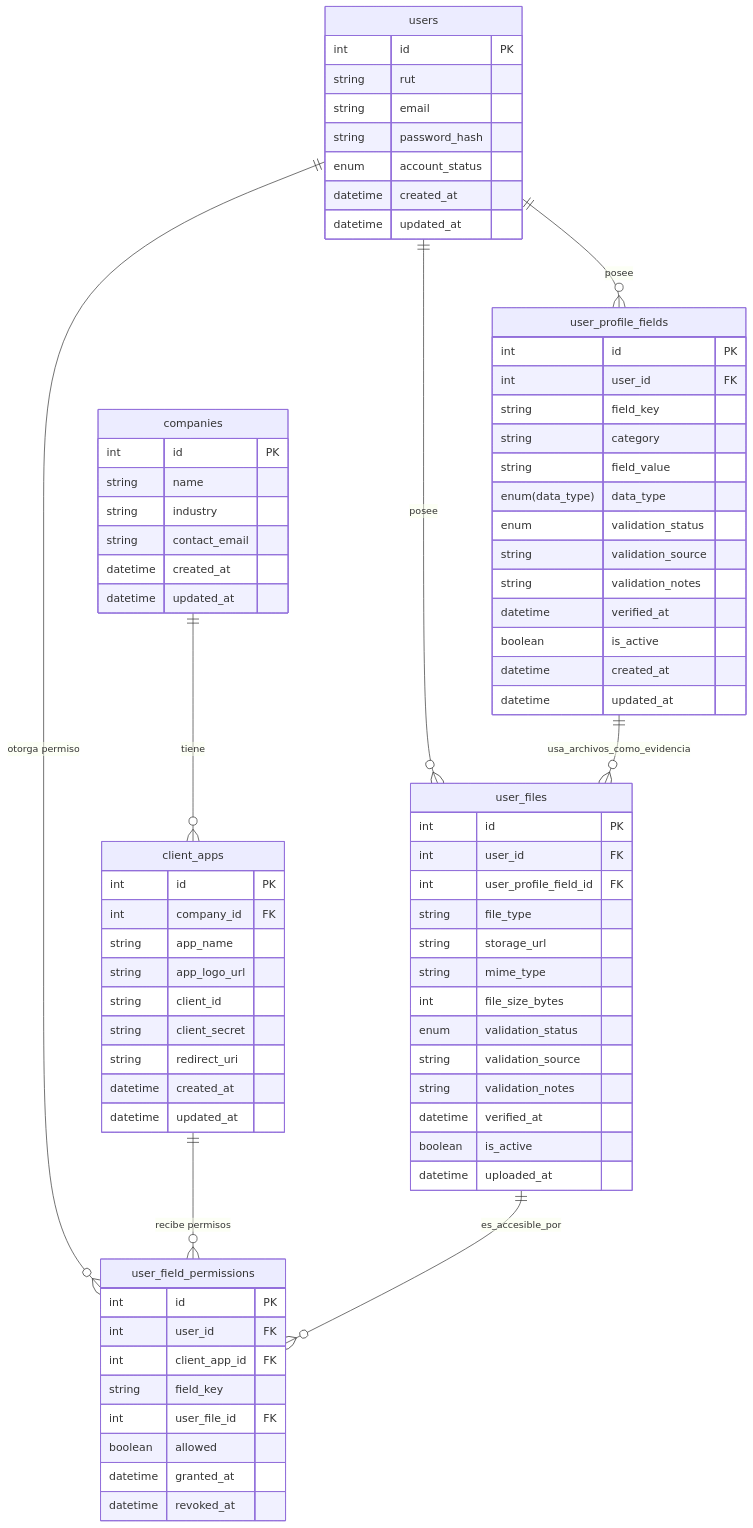
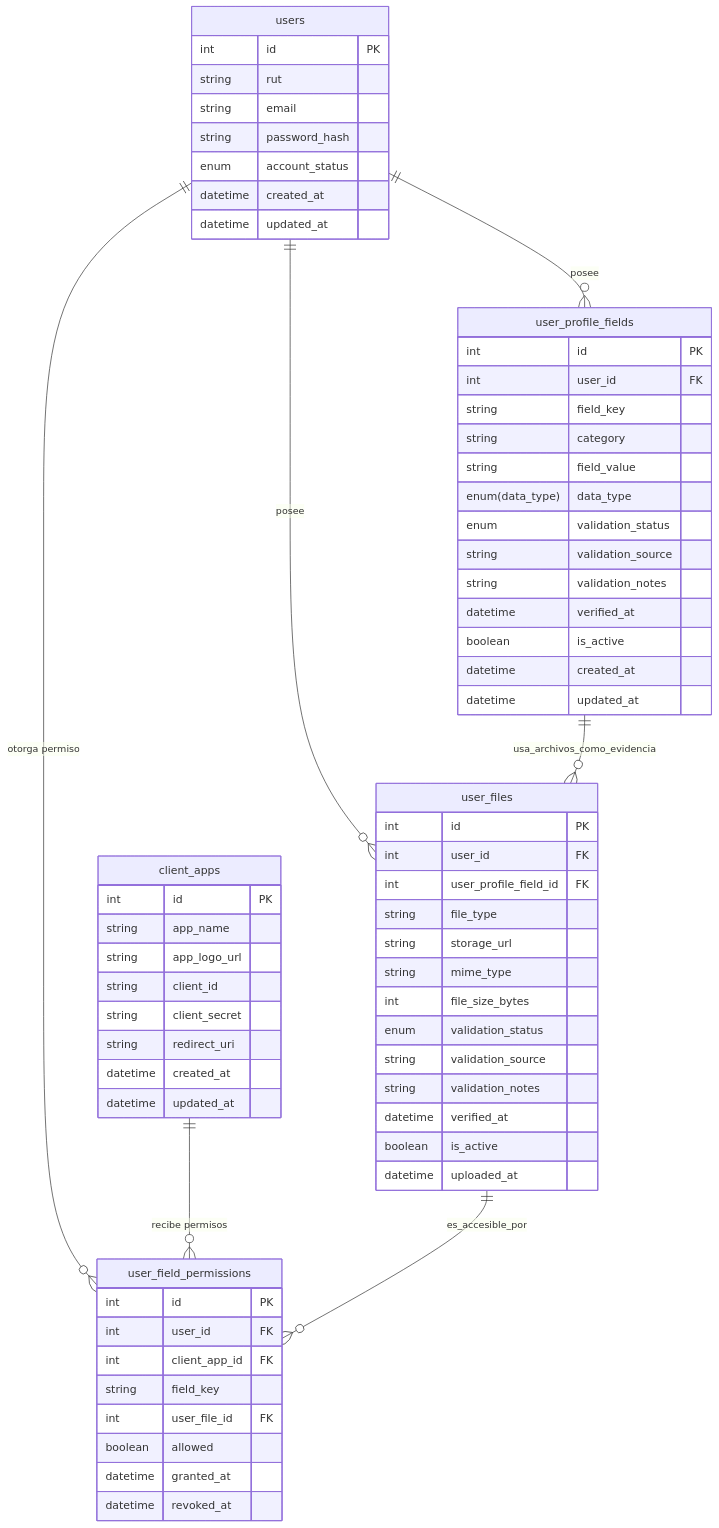
The diagram in docs/diagram.md (platanus-hack/platanus-hack-25-team-42), drawn with Mermaid before and after one commit.

Commit message:
docs: remove companies entity from database diagram

````diff
--- a/docs/diagram.md
+++ b/docs/diagram.md
@@ -3,18 +3,8 @@
 ```mermaid
 erDiagram
 
-    companies {
-        int id PK
-        string name
-        string industry
-        string contact_email
-        datetime created_at
-        datetime updated_at
-    }
-
     client_apps {
         int id PK
-        int company_id FK
         string app_name
         string app_logo_url
         string client_id
@@ -79,7 +69,6 @@
 
     %% RELATIONSHIPS
 
-    companies ||--o{ client_apps : "tiene"
     users ||--o{ user_profile_fields : "posee"
     users ||--o{ user_files : "posee"
     users ||--o{ user_field_permissions : "otorga permiso"
````
